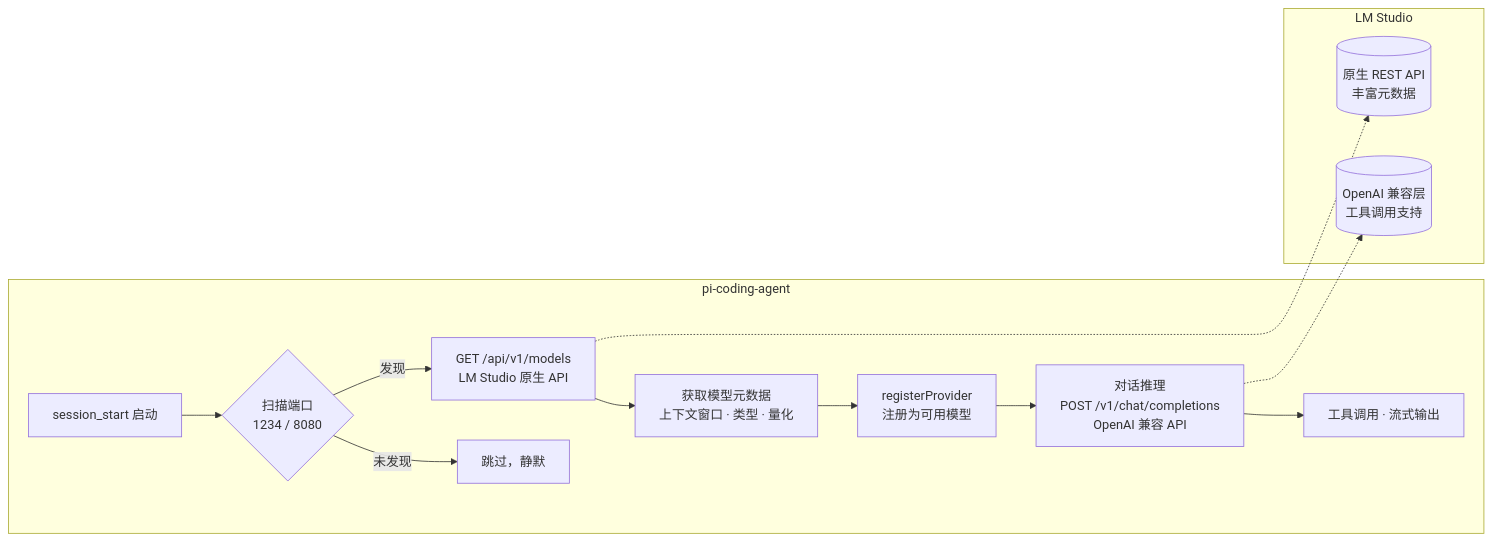
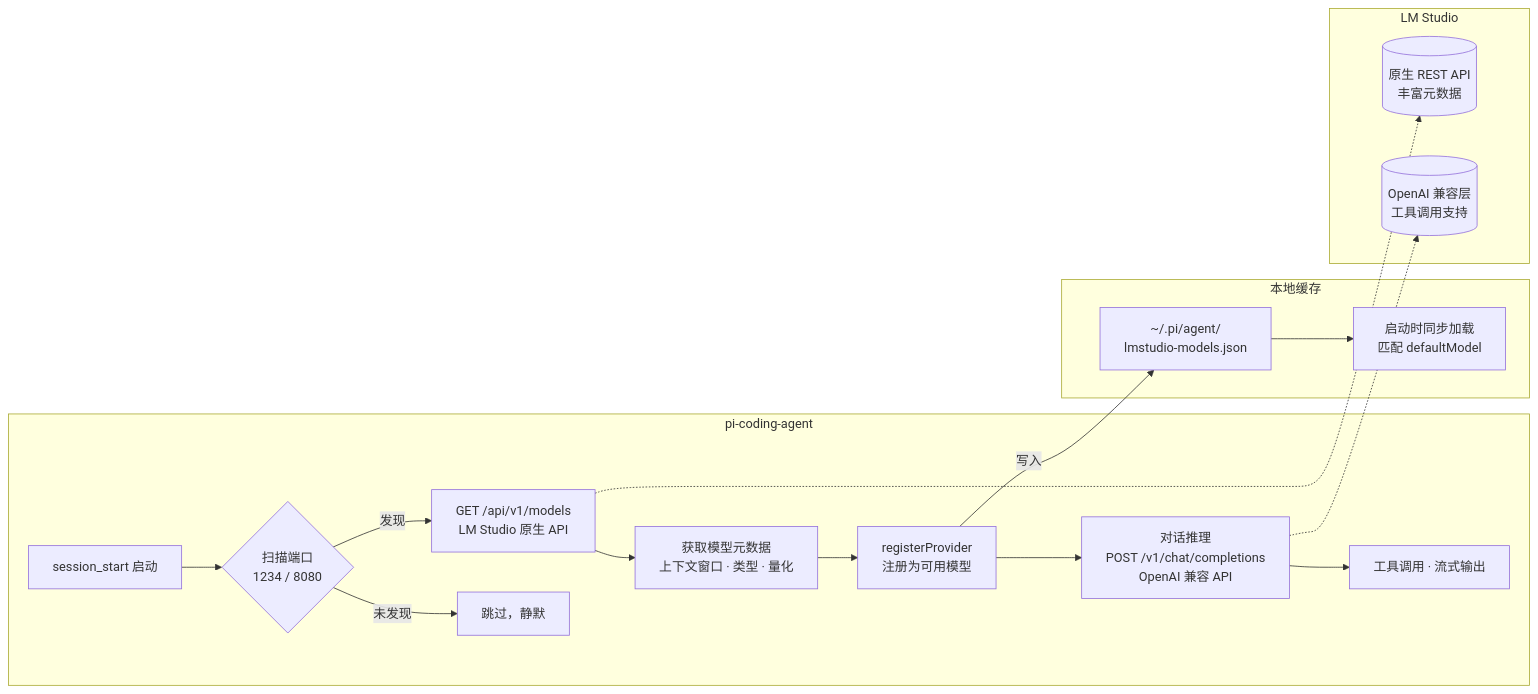
Before and after one commit to LambdaXIII/pi-lmstudio-provider: the diagram in README.md, drawn with Mermaid. The commit also changed other lines of this file and 4 other files, not shown here.

````diff
--- a/README.md
+++ b/README.md
@@ -21,17 +23,22 @@
 ```mermaid
 flowchart LR
     subgraph pi["pi-coding-agent"]
         A[session_start 启动] --> B{扫描端口<br/>1234 / 8080}
         B -->|发现| C[GET /api/v1/models<br/>LM Studio 原生 API]
         B -->|未发现| D[跳过，静默]
         C --> E[获取模型元数据<br/>上下文窗口 · 类型 · 量化]
         E --> F[registerProvider<br/>注册为可用模型]
         F --> G[对话推理<br/>POST /v1/chat/completions<br/>OpenAI 兼容 API]
         G --> H[工具调用 · 流式输出]
     end
 
+    subgraph cache["本地缓存"]
+        K[~/.pi/agent/<br/>lmstudio-models.json] --> L[启动时同步加载<br/>匹配 defaultModel]
+        F -->|写入| K
+    end
+
     subgraph lm["LM Studio"]
         C -.-> I[(原生 REST API<br/>丰富元数据)]
         G -.-> J[(OpenAI 兼容层<br/>工具调用支持)]
     end
 ```
````
